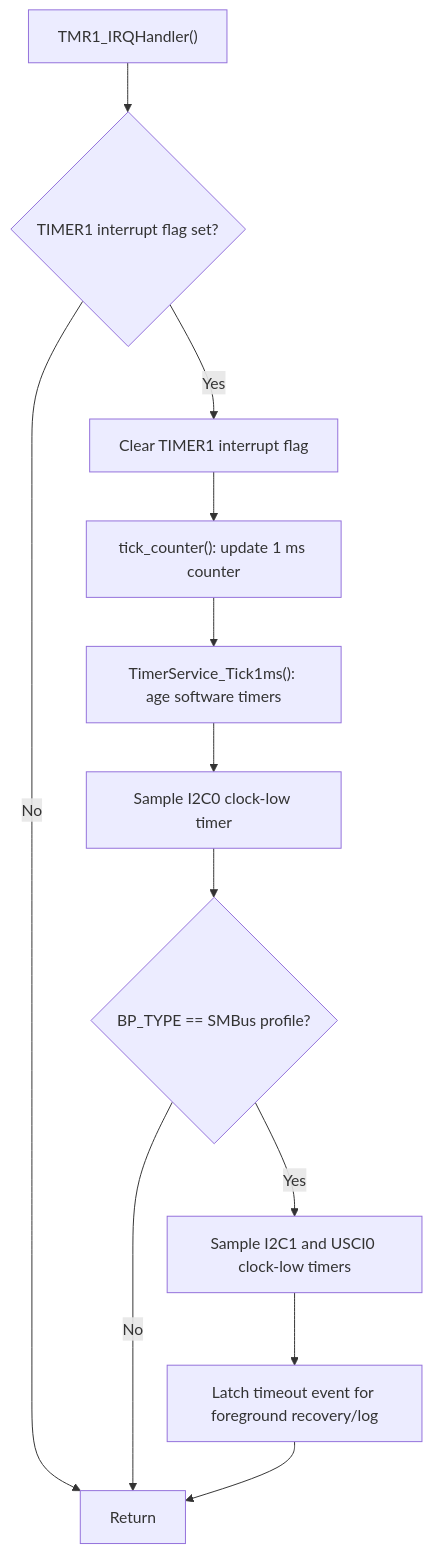
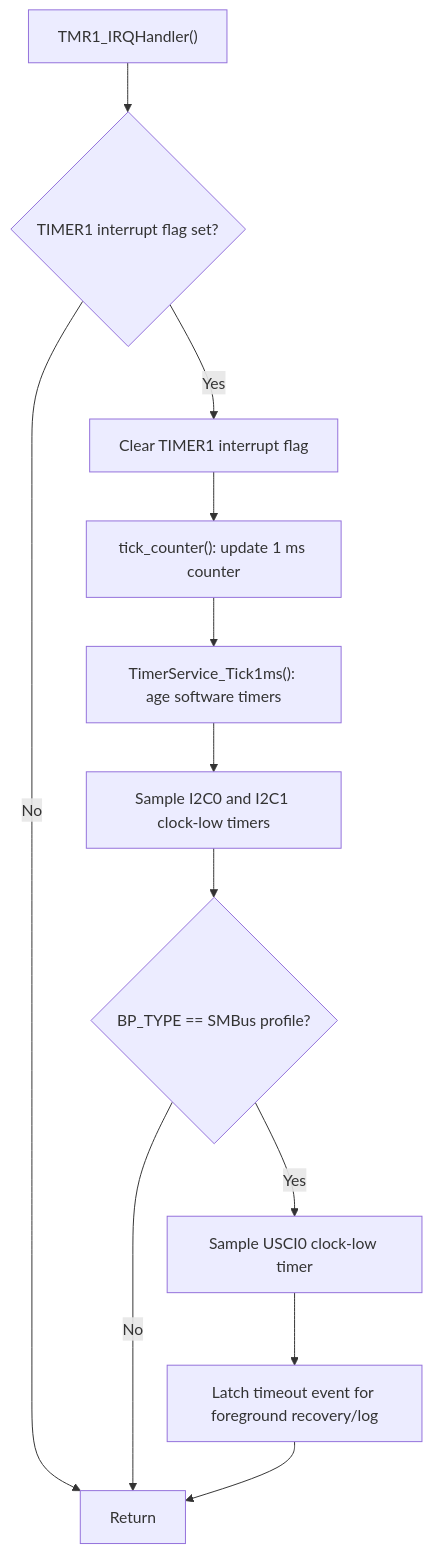
Before and after one commit to released/M031BSP_Software_SGPIO_I2C_Slave: the second of 4 diagrams in README.md, drawn with Mermaid. The commit also changed other lines of this file and 5 other files, not shown here.

````diff
--- a/README.md
+++ b/README.md
@@ -191,14 +196,14 @@
 ```mermaid
 flowchart TD
     A["TMR1_IRQHandler()"] --> B{"TIMER1 interrupt flag set?"}
     B -->|No| Z["Return"]
     B -->|Yes| C["Clear TIMER1 interrupt flag"]
     C --> D["tick_counter(): update 1 ms counter"]
     D --> E["TimerService_Tick1ms(): age software timers"]
-    E --> F["Sample I2C0 clock-low timer"]
+    E --> F["Sample I2C0 and I2C1 clock-low timers"]
     F --> G{"BP_TYPE == SMBus profile?"}
-    G -->|Yes| H["Sample I2C1 and USCI0 clock-low timers"]
+    G -->|Yes| H["Sample USCI0 clock-low timer"]
     G -->|No| Z
     H --> I["Latch timeout event for foreground recovery/log"]
     I --> Z
 ```
````
